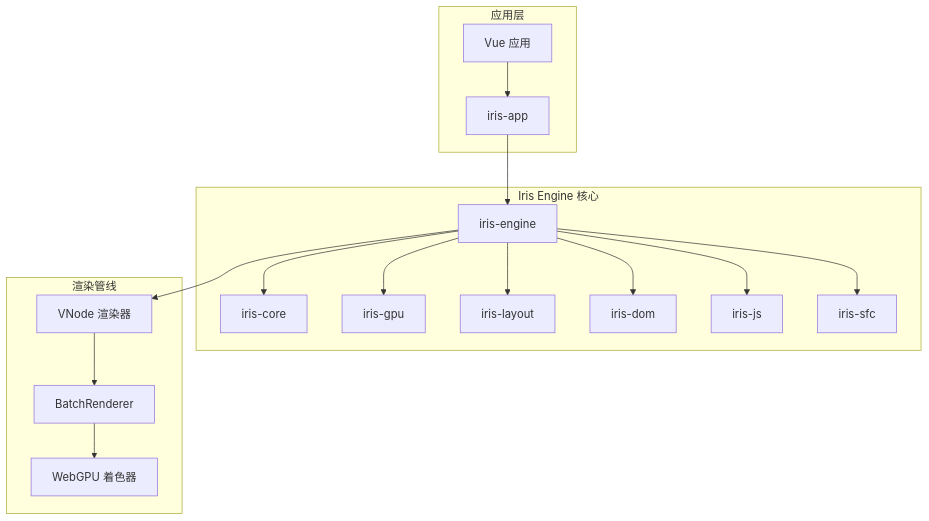
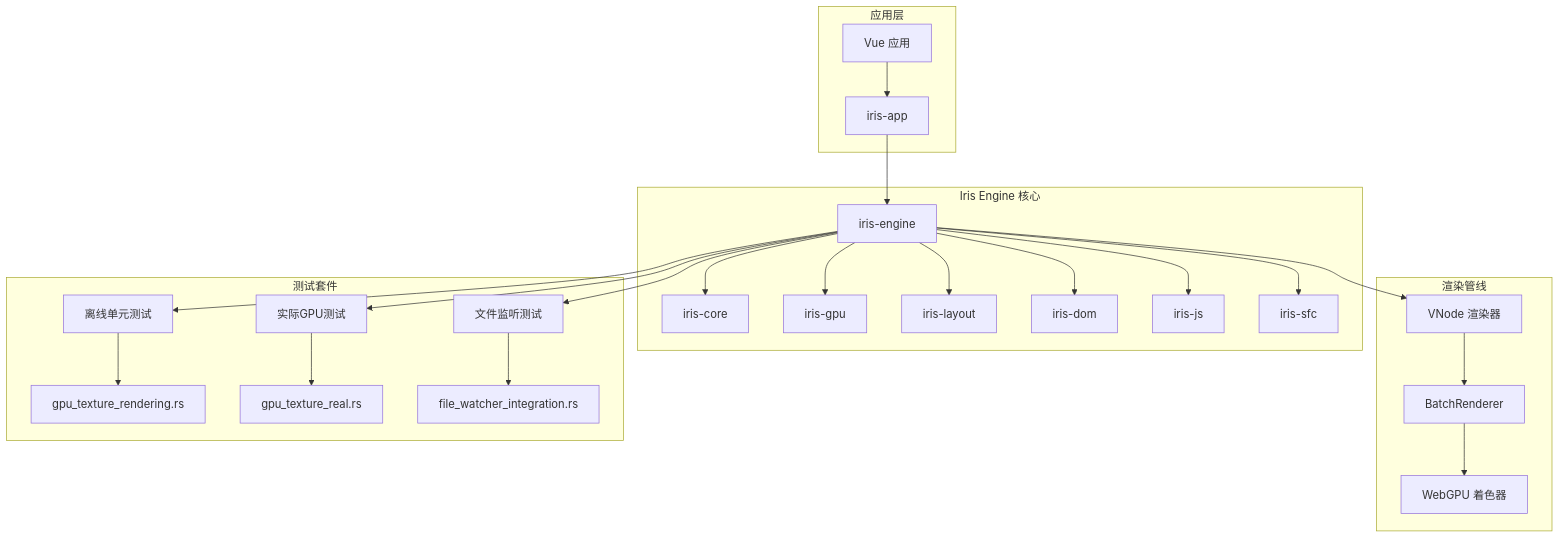
One commit to itszzl-sudo/iris changed the first of 11 diagrams in .qoder/repowiki/zh/content/技术架构详解/WebGPU渲染引擎/纹理渲染管线集成指南.md. Above: the diagram before and after it, drawn with Mermaid. The commit also changed other lines of this file and 4 other files, not shown here.

````diff
--- a/.qoder/repowiki/zh/content/技术架构详解/WebGPU渲染引擎/纹理渲染管线集成指南.md
+++ b/.qoder/repowiki/zh/content/技术架构详解/WebGPU渲染引擎/纹理渲染管线集成指南.md
@@ -46,20 +58,28 @@
 ```mermaid
 graph TB
 subgraph "Iris Engine 核心"
 A[iris-engine] --> B[iris-core]
 A --> C[iris-gpu]
 A --> D[iris-layout]
 A --> E[iris-dom]
 A --> F[iris-js]
 A --> G[iris-sfc]
 end
 subgraph "应用层"
 H[iris-app] --> A
 I[Vue 应用] --> H
 end
 subgraph "渲染管线"
 J[VNode 渲染器] --> K[BatchRenderer]
 K --> L[WebGPU 着色器]
 end
+subgraph "测试套件"
+M[离线单元测试] --> N[gpu_texture_rendering.rs]
+O[实际GPU测试] --> P[gpu_texture_real.rs]
+Q[文件监听测试] --> R[file_watcher_integration.rs]
+end
 A --> J
+A --> M
+A --> O
+A --> Q
 ```
````
